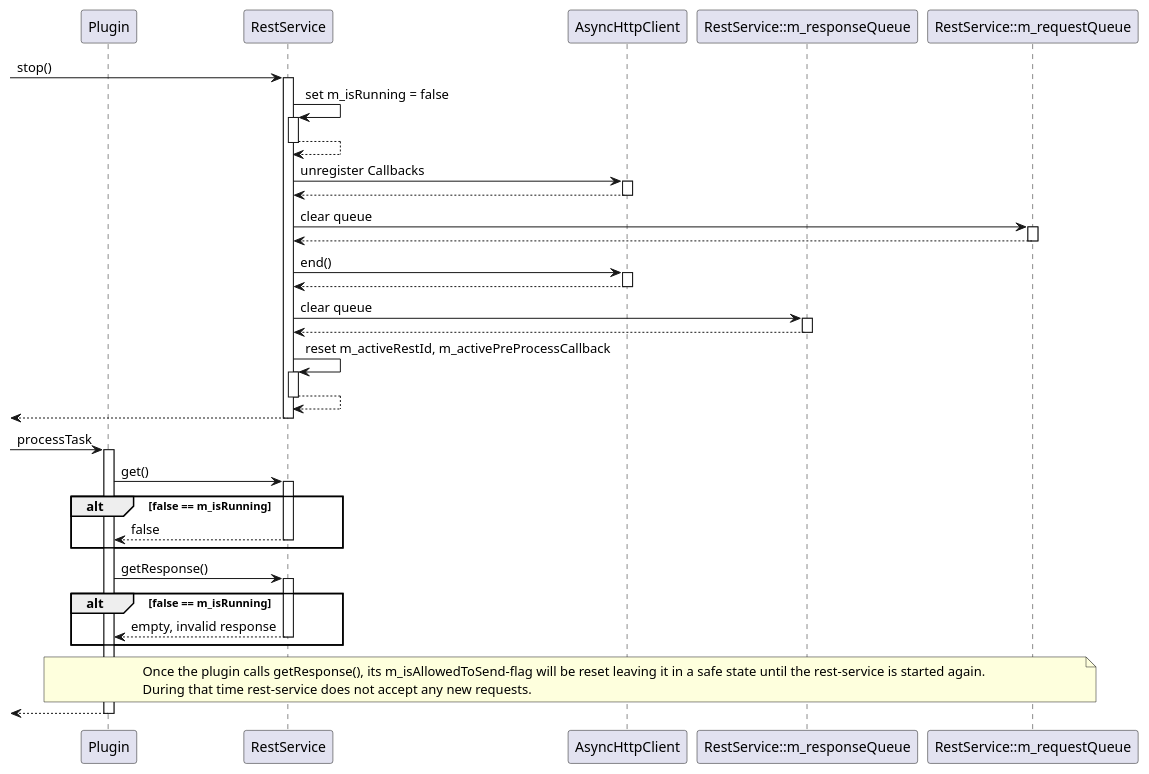
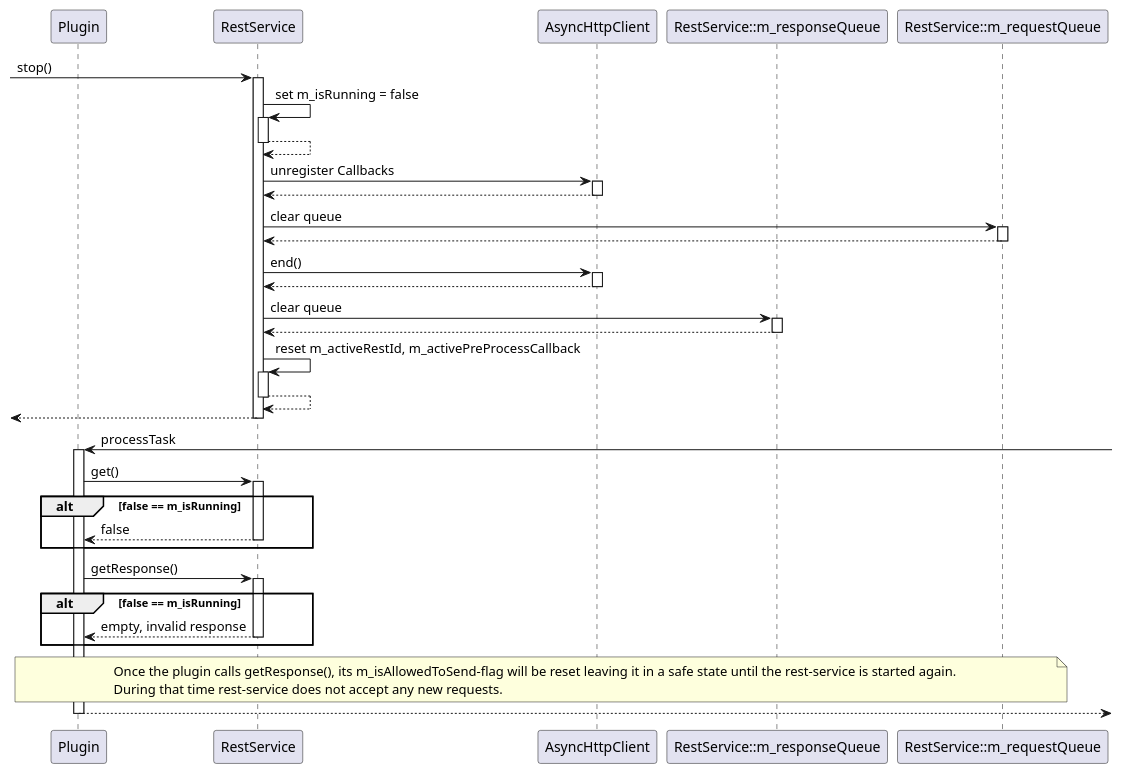
Before and after one commit to manmuqingshan/Pixelix: the diagram in doc/architecture/uml/rest_service_stop.wsd, drawn with PlantUML.

Commit message:
Adjusted service-stop diagram.

```diff
--- a/doc/architecture/uml/rest_service_stop.wsd
+++ b/doc/architecture/uml/rest_service_stop.wsd
@@ -1,48 +1,48 @@
 @startuml RestServiceStopped
 
 participant Plugin
 participant RestService
 participant AsyncHttpClient
 participant "RestService::m_responseQueue" as ResponseQ
 participant "RestService::m_requestQueue" as RequestQ
 
 autoactivate on
 
 -> RestService: stop()
     RestService -> RestService: set m_isRunning = false
     return 
 
     RestService -> AsyncHttpClient: unregister Callbacks
     RestService <-- AsyncHttpClient
 
     RestService -> RequestQ: clear queue
     RestService <-- RequestQ
 
     RestService -> AsyncHttpClient: end()
     RestService <-- AsyncHttpClient
 
     RestService -> ResponseQ: clear queue
     RestService <-- ResponseQ
 
     RestService -> RestService: reset m_activeRestId, m_activePreProcessCallback
     return
 <-- RestService
 
--> Plugin: processTask
+Plugin <- : processTask
     Plugin -> RestService: get()
         alt false == m_isRunning
             Plugin <-- RestService: false 
         end
     
     Plugin -> RestService: getResponse()
         alt false == m_isRunning
             Plugin <-- RestService: empty, invalid response
         end
 
     note over Plugin, RequestQ
         Once the plugin calls getResponse(), its m_isAllowedToSend-flag will be reset leaving it in a safe state until the rest-service is started again. 
         During that time rest-service does not accept any new requests.
     end note 
-<-- Plugin
+Plugin -->
 
 @enduml
```
